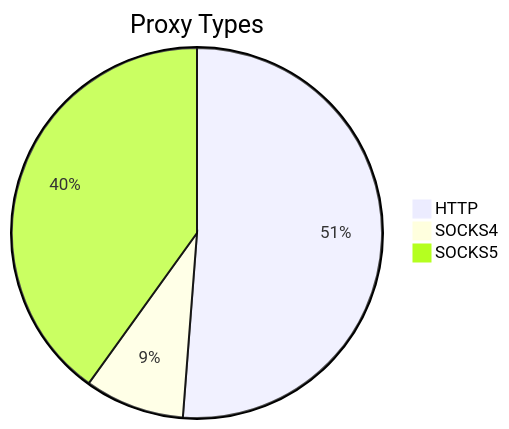
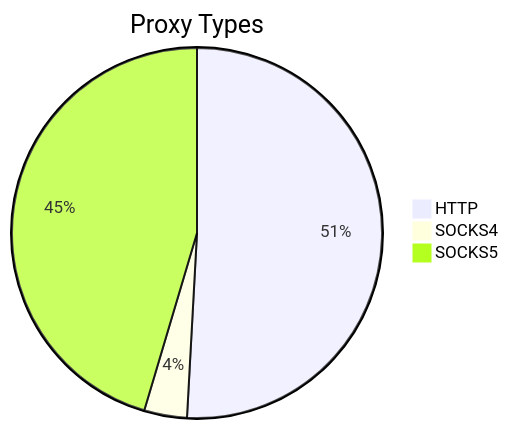
Before and after one commit to stormsia/proxy-list: the first of 2 diagrams in README.md, drawn with Mermaid. The commit also changed other lines of this file, not shown here.

````diff
--- a/README.md
+++ b/README.md
@@ -21,6 +21,6 @@
 ```mermaid
 pie title Proxy Types
-    "HTTP" : 147
-    "SOCKS4" : 25
-    "SOCKS5" : 115
+    "HTTP" : 177
+    "SOCKS4" : 13
+    "SOCKS5" : 158
 ```
````
